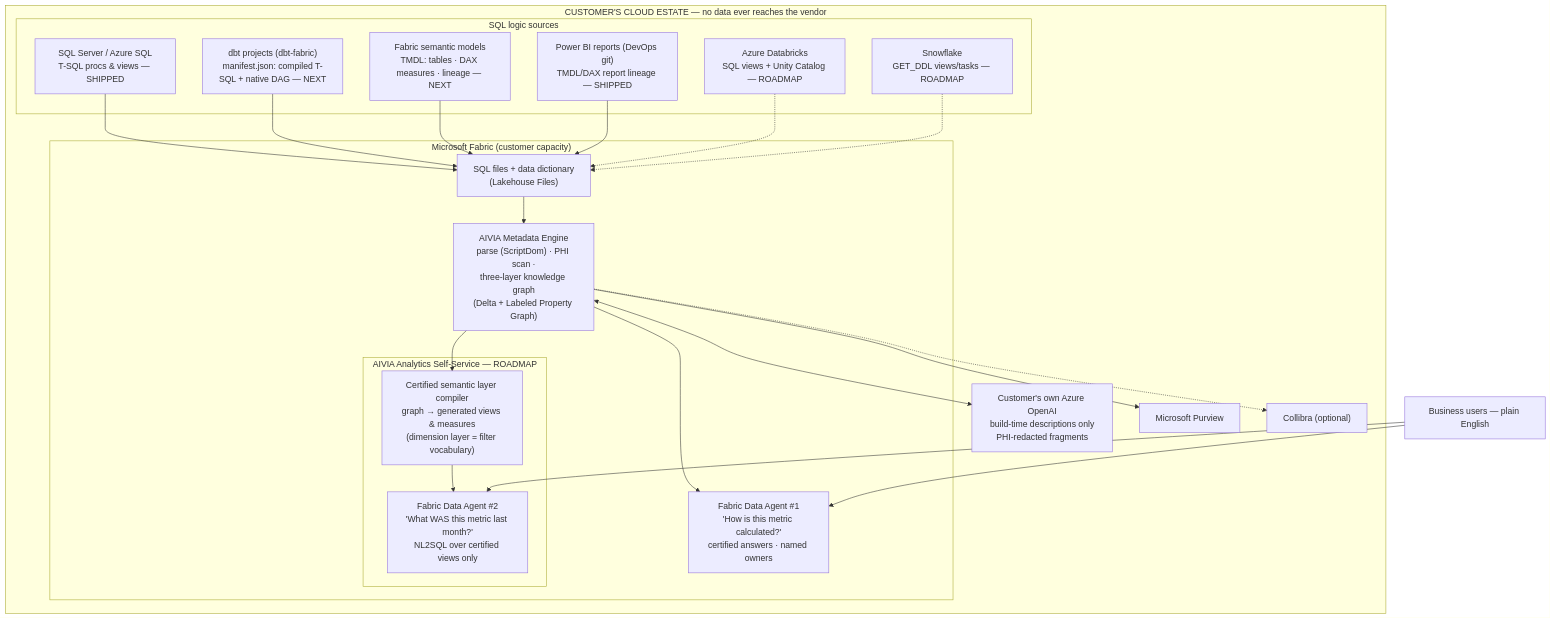
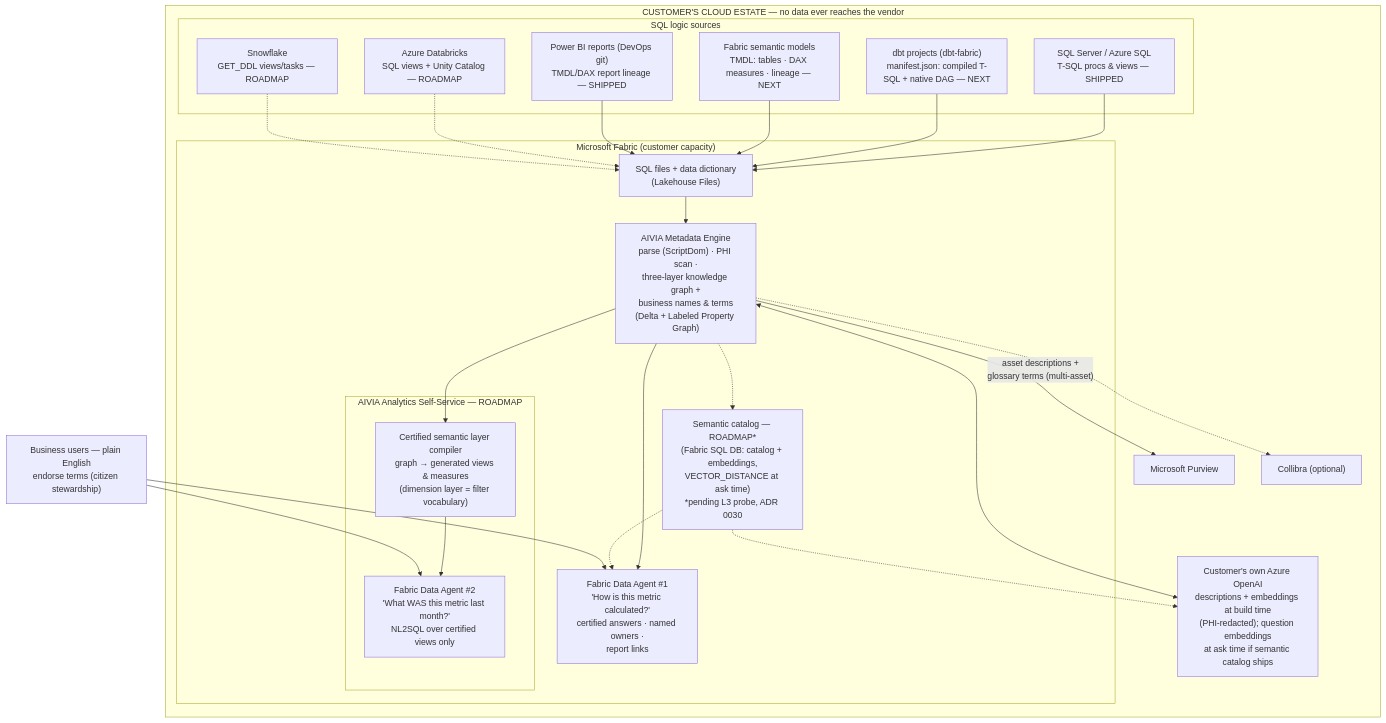
The diagram in docs/architecture/REFERENCE_ARCHITECTURE.md (sunnyzhengai/sql-query-agent), drawn with Mermaid before and after one commit. The commit also changed other lines of this file, not shown here.

Commit message:
Reference architecture: semantic catalog (probe-starred), term-grain Purview arrow, ask-time AOAI leg
Mermaid source updated for the 2026-08-08 builds: business names/report
links noted inside the engine; Purview arrow labeled with glossary
terms; semantic catalog added as roadmap pending the L3 probe; Azure
OpenAI node annotated with the conditional ask-time question-embedding
leg (whitepaper-relevant). Designed PDF deliberately held until the
probe verdict settles topology.

````diff
--- a/docs/architecture/REFERENCE_ARCHITECTURE.md
+++ b/docs/architecture/REFERENCE_ARCHITECTURE.md
@@ -11,42 +11,46 @@
 ```mermaid
 flowchart TB
     subgraph ESTATE["CUSTOMER'S CLOUD ESTATE — no data ever reaches the vendor"]
         subgraph SRC["SQL logic sources"]
             TSQL["SQL Server / Azure SQL<br/>T-SQL procs & views — SHIPPED"]
             DBT["dbt projects (dbt-fabric)<br/>manifest.json: compiled T-SQL + native DAG — NEXT"]
             SM["Fabric semantic models<br/>TMDL: tables · DAX measures · lineage — NEXT"]
             PBIR["Power BI reports (DevOps git)<br/>TMDL/DAX report lineage — SHIPPED"]
             DBX["Azure Databricks<br/>SQL views + Unity Catalog — ROADMAP"]
             SNOW["Snowflake<br/>GET_DDL views/tasks — ROADMAP"]
         end
         subgraph FABRIC["Microsoft Fabric (customer capacity)"]
             FILES["SQL files + data dictionary<br/>(Lakehouse Files)"]
-            ENGINE["AIVIA Metadata Engine<br/>parse (ScriptDom) · PHI scan ·<br/>three-layer knowledge graph<br/>(Delta + Labeled Property Graph)"]
-            MAGENT["Fabric Data Agent #1<br/>'How is this metric calculated?'<br/>certified answers · named owners"]
+            ENGINE["AIVIA Metadata Engine<br/>parse (ScriptDom) · PHI scan ·<br/>three-layer knowledge graph +<br/>business names & terms<br/>(Delta + Labeled Property Graph)"]
+            SEMCAT["Semantic catalog — ROADMAP*<br/>(Fabric SQL DB: catalog + embeddings,<br/>VECTOR_DISTANCE at ask time)<br/>*pending L3 probe, ADR 0030"]
+            MAGENT["Fabric Data Agent #1<br/>'How is this metric calculated?'<br/>certified answers · named owners ·<br/>report links"]
             subgraph SS["AIVIA Analytics Self-Service — ROADMAP"]
                 COMPILER["Certified semantic layer compiler<br/>graph → generated views & measures<br/>(dimension layer = filter vocabulary)"]
                 SAGENT["Fabric Data Agent #2<br/>'What WAS this metric last month?'<br/>NL2SQL over certified views only"]
             end
         end
-        AOAI["Customer's own Azure OpenAI<br/>build-time descriptions only<br/>PHI-redacted fragments"]
+        AOAI["Customer's own Azure OpenAI<br/>descriptions + embeddings at build time<br/>(PHI-redacted); question embeddings<br/>at ask time if semantic catalog ships"]
         PURVIEW["Microsoft Purview"]
         COLLIBRA["Collibra (optional)"]
     end
-    USERS["Business users — plain English"]
+    USERS["Business users — plain English<br/>endorse terms (citizen stewardship)"]
 
     TSQL --> FILES
     DBT --> FILES
     SM --> FILES
     PBIR --> FILES
     DBX -.-> FILES
     SNOW -.-> FILES
     FILES --> ENGINE
     ENGINE --> MAGENT
+    ENGINE -.-> SEMCAT
+    SEMCAT -.-> MAGENT
     ENGINE <--> AOAI
-    ENGINE --> PURVIEW
+    SEMCAT -.-> AOAI
+    ENGINE -->|"asset descriptions +<br/>glossary terms (multi-asset)"| PURVIEW
     ENGINE -.-> COLLIBRA
     ENGINE --> COMPILER
     COMPILER --> SAGENT
     USERS --> MAGENT
     USERS --> SAGENT
 ```
````
